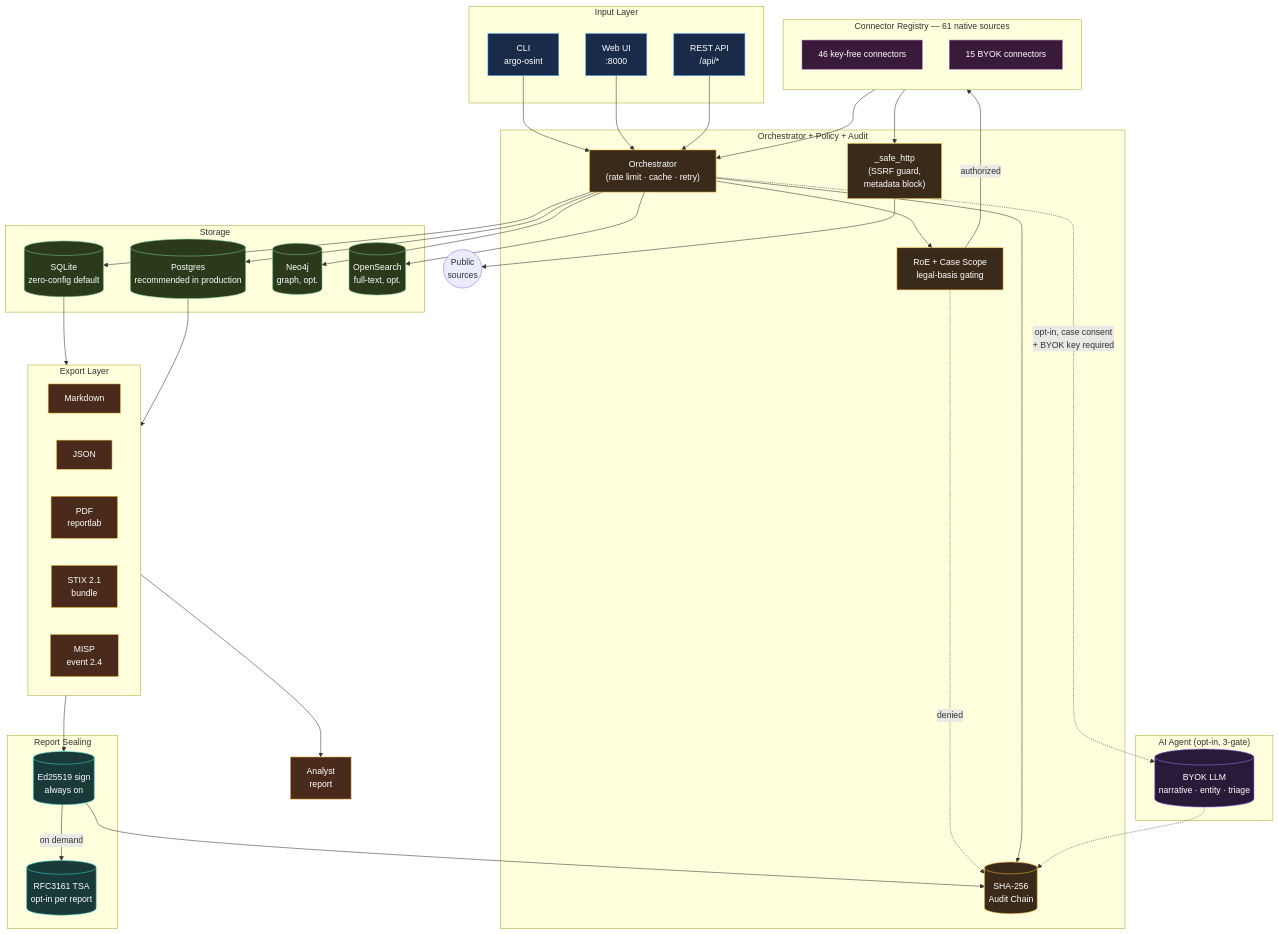
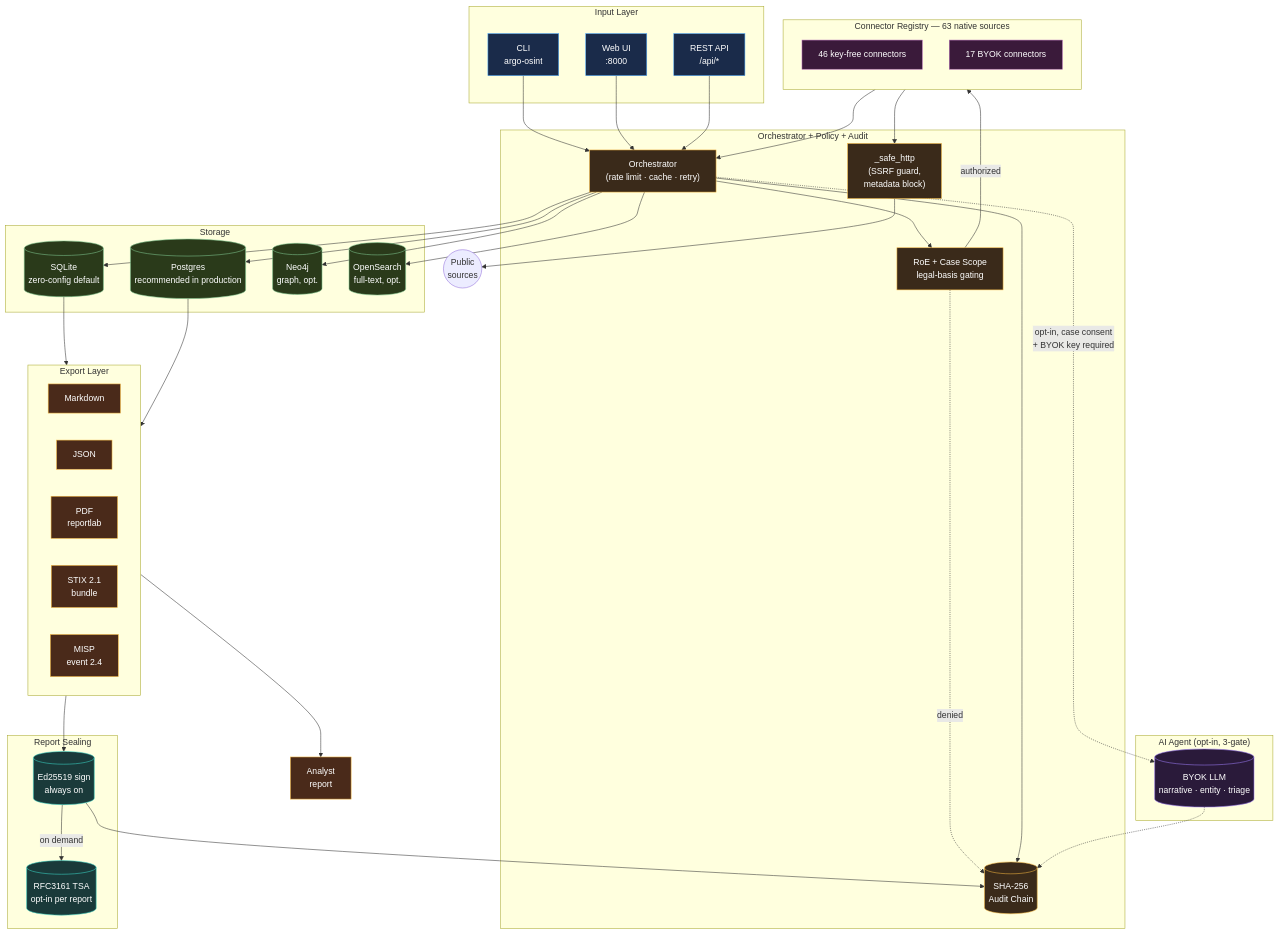
One commit to gnudrus-del/argo-cloud-osint-platform changed the diagram in README.md. Above: the diagram before and after it, drawn with Mermaid. The commit also changed other lines of this file and 14 other files, not shown here.

First line of the commit message:
feat: ContactOut + Lusha BYOK connectors (LinkedIn/email -> personal contacts)

```diff
--- a/README.md
+++ b/README.md
@@ -228,10 +228,10 @@
         LLM[("BYOK LLM<br/>narrative · entity · triage")]
     end
 
-    subgraph REG["Connector Registry — 61 native sources"]
+    subgraph REG["Connector Registry — 63 native sources"]
         direction TB
         KFREE["46 key-free connectors"]
-        BYOK["15 BYOK connectors"]
+        BYOK["17 BYOK connectors"]
     end
 
     subgraph EXPORT["Export Layer"]
```
